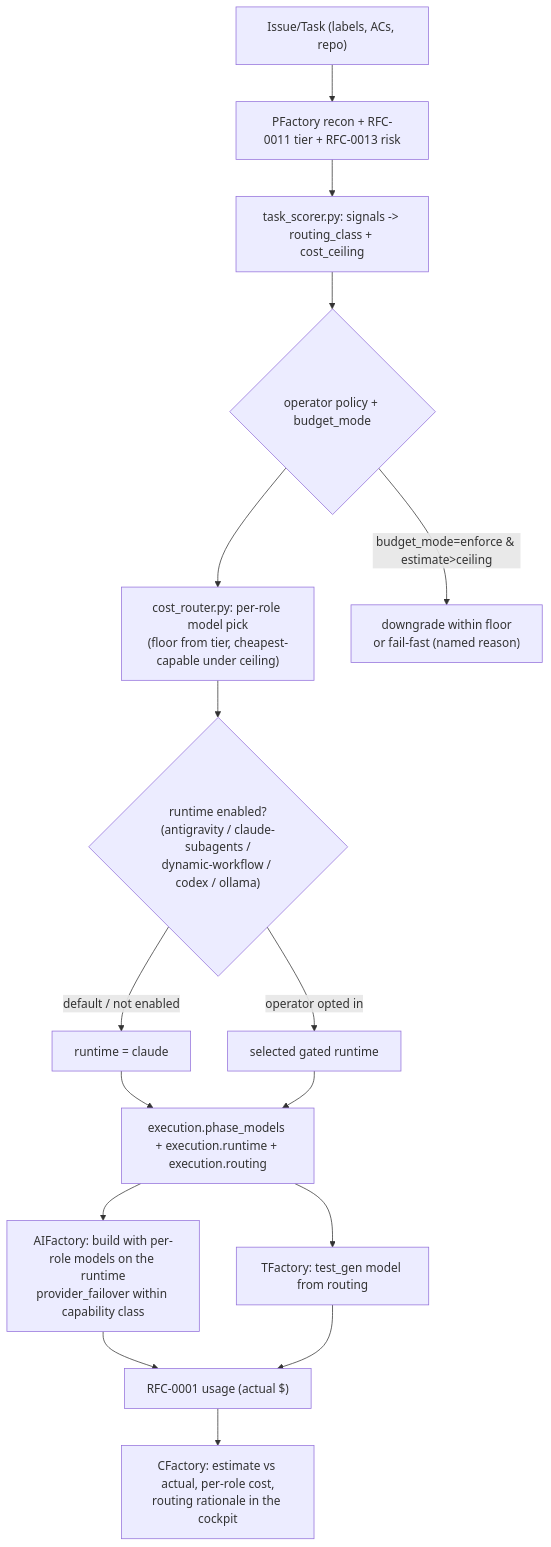
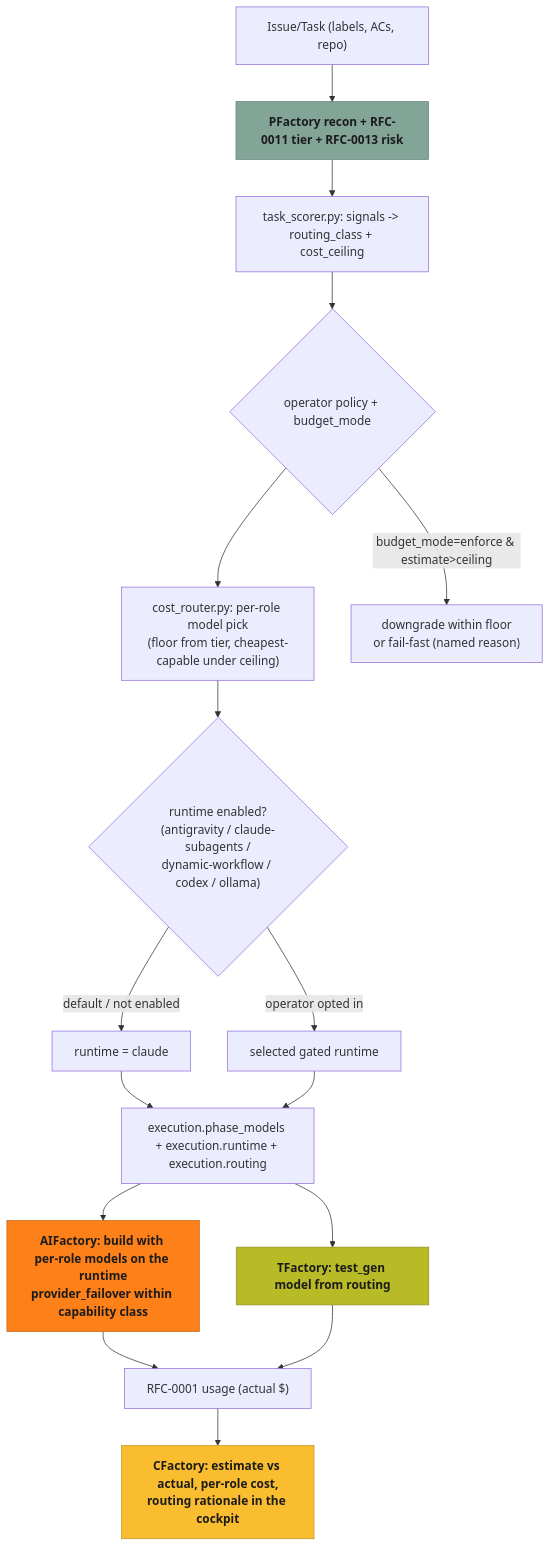
The second of 2 diagrams in docs/rfc/0014-cost-aware-model-and-runtime-routing.md (olafkfreund/Factory), drawn with Mermaid before and after one commit. The commit also changed other lines of this file and 7 other files, not shown here.

First line of the commit message:
docs: colored Mermaid diagrams + flashier landing (#227)

````diff
--- a/docs/rfc/0014-cost-aware-model-and-runtime-routing.md
+++ b/docs/rfc/0014-cost-aware-model-and-runtime-routing.md
@@ -184,18 +185,26 @@
 ```mermaid
 flowchart TD
     A["Issue/Task (labels, ACs, repo)"] --> B["PFactory recon + RFC-0011 tier + RFC-0013 risk"]
     B --> C["task_scorer.py: signals -> routing_class + cost_ceiling"]
     C --> D{"operator policy + budget_mode"}
     D --> E["cost_router.py: per-role model pick<br/>(floor from tier, cheapest-capable under ceiling)"]
     E --> F{"runtime enabled?<br/>(antigravity / claude-subagents /<br/>dynamic-workflow / codex / ollama)"}
     F -->|"default / not enabled"| G["runtime = claude"]
     F -->|"operator opted in"| H["selected gated runtime"]
     G --> I["execution.phase_models + execution.runtime + execution.routing"]
     H --> I
     I --> J["AIFactory: build with per-role models on the runtime<br/>provider_failover within capability class"]
     I --> K["TFactory: test_gen model from routing"]
     J --> L["RFC-0001 usage (actual $)"]
     K --> L
     L --> M["CFactory: estimate vs actual, per-role cost,<br/>routing rationale in the cockpit"]
     D -->|"budget_mode=enforce & estimate>ceiling"| N["downgrade within floor<br/>or fail-fast (named reason)"]
+    classDef pf fill:#83a598,stroke:#5f8175,color:#1b1b1b,font-weight:bold;
+    classDef af fill:#fe8019,stroke:#c4641a,color:#1b1b1b,font-weight:bold;
+    classDef tf fill:#b8bb26,stroke:#8d9020,color:#1b1b1b,font-weight:bold;
+    classDef cf fill:#fabd2f,stroke:#c69526,color:#1b1b1b,font-weight:bold;
+    class B pf;
+    class J af;
+    class K tf;
+    class M cf;
 ```
````
